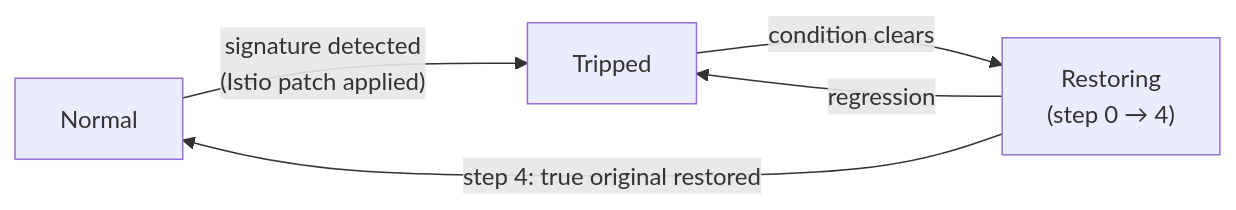
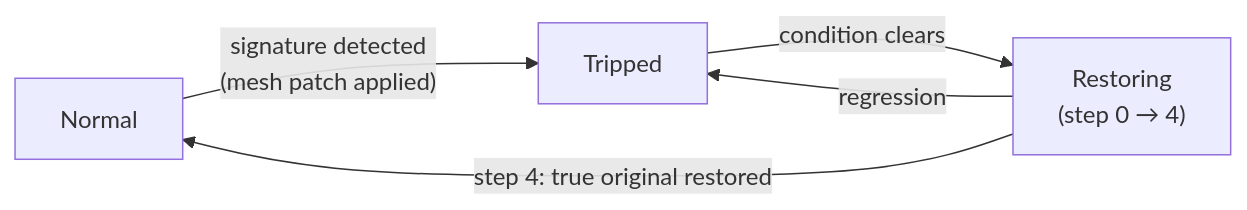
Before and after one commit to gasthecreator/Cascade-Operator: the diagram in README.md, drawn with Mermaid. The commit also changed other lines of this file and 4 other files, not shown here.

````diff
--- a/README.md
+++ b/README.md
@@ -43,7 +61,7 @@
 ```mermaid
 flowchart LR
-    A["Normal"] -- "signature detected<br/>(Istio patch applied)" --> B["Tripped"]
+    A["Normal"] -- "signature detected<br/>(mesh patch applied)" --> B["Tripped"]
     B -- "condition clears" --> C["Restoring<br/>(step 0 → 4)"]
     C -- "regression" --> B
     C -- "step 4: true original restored" --> A
 ```
````
